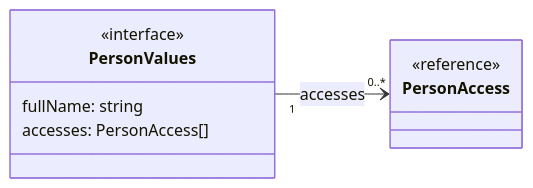
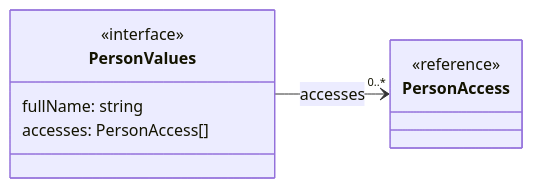
Before and after one commit to gpgsistemas01/nexus: diagram 13 of 52 in front/docs/architecture/views/logical/type-reference/identity.md, drawn with Mermaid. The commit also changed other lines of this file and 158 other files, not shown here.

````diff
--- a/front/docs/architecture/views/logical/type-reference/identity.md
+++ b/front/docs/architecture/views/logical/type-reference/identity.md
@@ -531,13 +521,13 @@
 ```mermaid
 classDiagram
     direction LR
     class Subject["PersonValues"] {
         <<interface>>
         fullName: string
         accesses: PersonAccess[]
     }
     class R0["PersonAccess"] {
         <<reference>>
     }
-    Subject "1" --> "0..*" R0 : accesses
+    Subject --> "0..*" R0 : accesses
 ```
````
